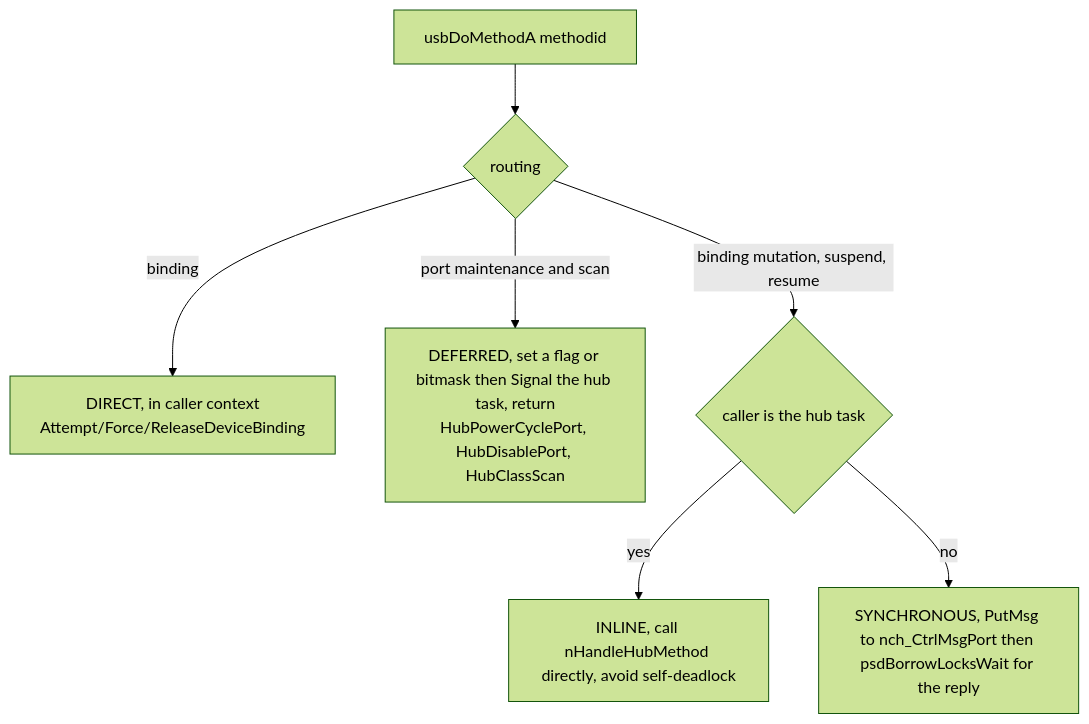
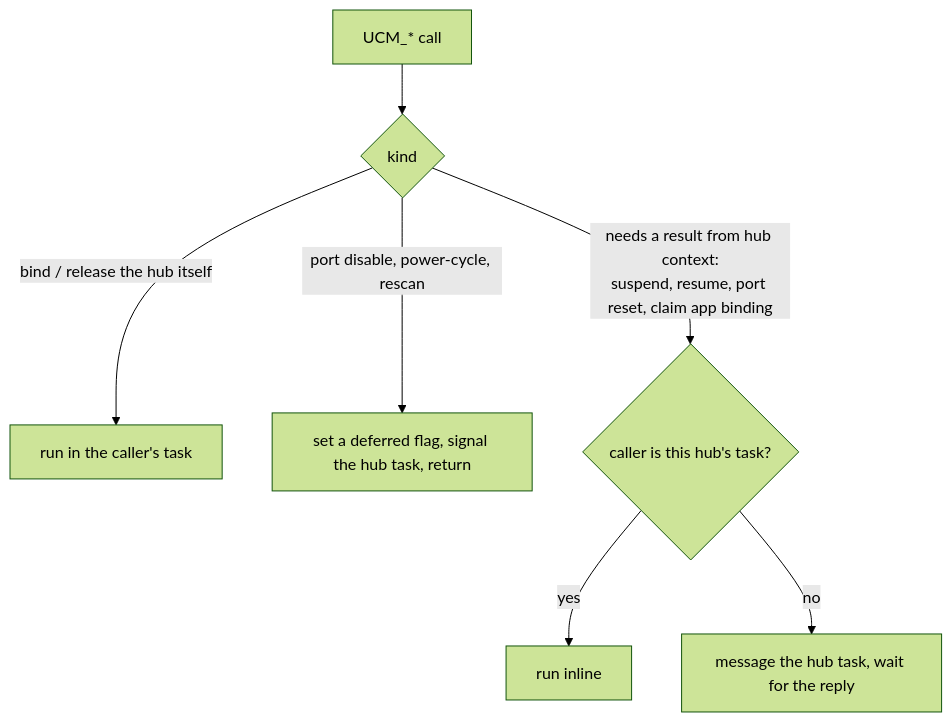
One commit to pcotter72/neptune-usb-stack changed the fifth of 5 diagrams in docs/hub.class-architecture.md. Above: the diagram before and after it, drawn with Mermaid (forest theme). The commit also changed other lines of this file and 18 other files, not shown here.

````diff
--- a/docs/hub.class-architecture.md
+++ b/docs/hub.class-architecture.md
@@ -422,9 +207,9 @@
 ```mermaid
 flowchart TD
-    M["usbDoMethodA methodid"] --> A{routing}
-    A -->|"binding"| DIRECT["DIRECT, in caller context<br/>Attempt/Force/ReleaseDeviceBinding"]
-    A -->|"port maintenance and scan"| DEFER["DEFERRED, set a flag or bitmask then Signal the hub task, return<br/>HubPowerCyclePort, HubDisablePort, HubClassScan"]
-    A -->|"binding mutation, suspend, resume"| MSG{caller is the hub task}
-    MSG -->|yes| INLINE["INLINE, call nHandleHubMethod directly, avoid self-deadlock"]
-    MSG -->|no| PUT["SYNCHRONOUS, PutMsg to nch_CtrlMsgPort then psdBorrowLocksWait for the reply"]
+    M["UCM_* call"] --> R{"kind"}
+    R -->|"bind / release the hub itself"| DIRECT["run in the caller's task"]
+    R -->|"port disable, power-cycle, rescan"| DEFER["set a deferred flag, signal the hub task, return"]
+    R -->|"needs a result from hub context:<br/>suspend, resume, port reset, claim app binding"| SYNC{"caller is this hub's task?"}
+    SYNC -->|"yes"| INLINE["run inline"]
+    SYNC -->|"no"| MSG["message the hub task, wait for the reply"]
 ```
````
